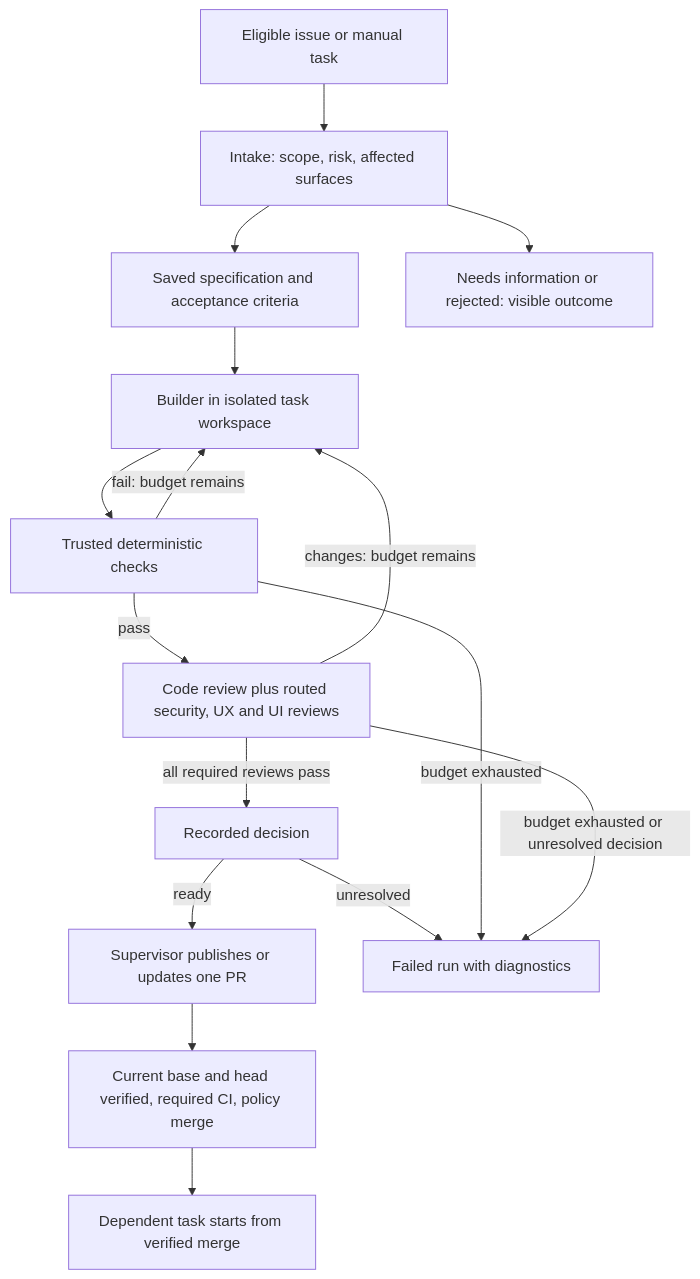
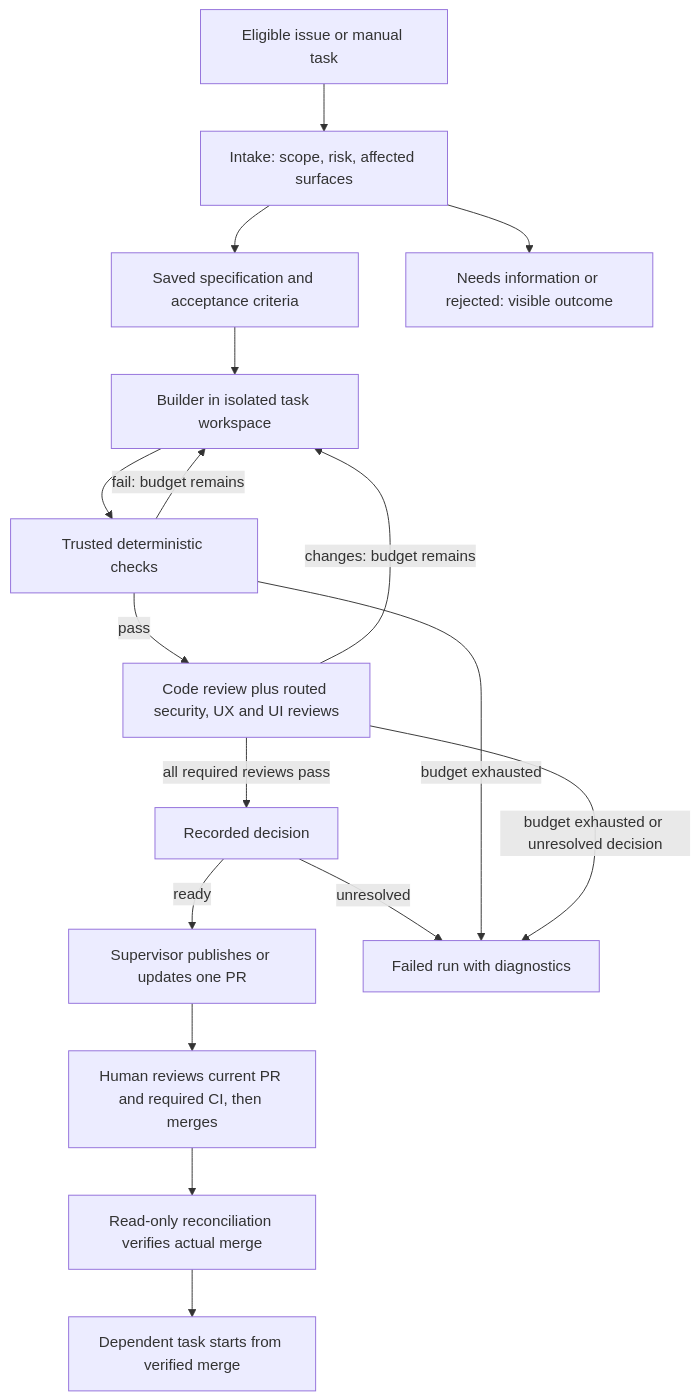
Before and after one commit to innateessence/nightly-queue: the diagram in docs/software-factory-plan.md, drawn with Mermaid. The commit also changed other lines of this file and 6 other files, not shown here.

Commit message:
Require human PR merges and document the container footprint

````diff
--- a/docs/software-factory-plan.md
+++ b/docs/software-factory-plan.md
@@ -10,18 +10,19 @@
 ```mermaid
 flowchart TD
     Q[Eligible issue or manual task] --> I[Intake: scope, risk, affected surfaces]
     I --> S[Saved specification and acceptance criteria]
     I --> W[Needs information or rejected: visible outcome]
     S --> B[Builder in isolated task workspace]
     B --> G[Trusted deterministic checks]
     G -->|pass| R[Code review plus routed security, UX and UI reviews]
     G -->|fail: budget remains| B
     R -->|changes: budget remains| B
     R -->|all required reviews pass| D[Recorded decision]
     D -->|ready| P[Supervisor publishes or updates one PR]
     D -->|unresolved| F[Failed run with diagnostics]
-    P --> M[Current base and head verified, required CI, policy merge]
+    P --> H[Human reviews current PR and required CI, then merges]
+    H --> M[Read-only reconciliation verifies actual merge]
     M --> N[Dependent task starts from verified merge]
     G -->|budget exhausted| F
     R -->|budget exhausted or unresolved decision| F
 ```
````
